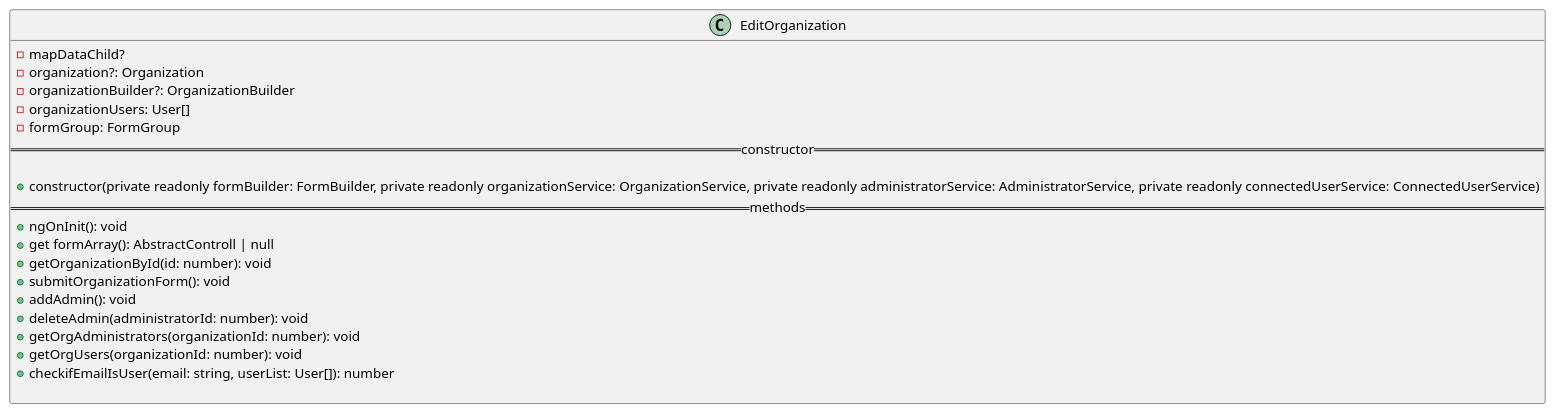
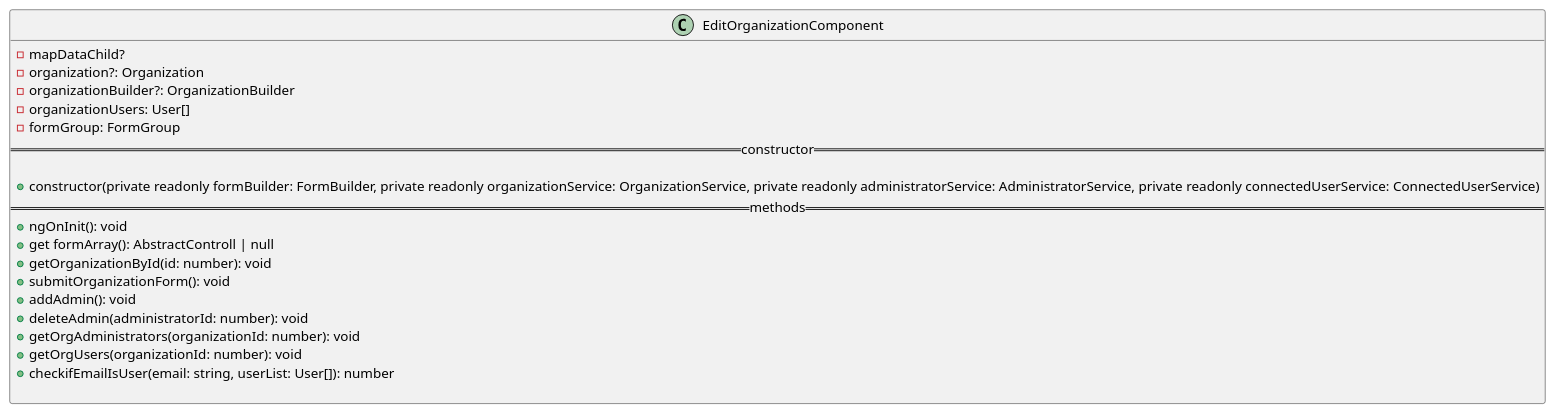
Before and after one commit to GruppOne/stalker-web-app: the diagram in docs/diagrams/view/routes/editorganizationcomponent.pu, drawn with PlantUML.

Commit message:
docs: fix editorganizationcomponent diagram

```diff
--- a/docs/diagrams/view/routes/editorganizationcomponent.pu
+++ b/docs/diagrams/view/routes/editorganizationcomponent.pu
@@ -1,23 +1,23 @@
 @startuml EditOrganizationComponent
-class EditOrganization {
+class EditOrganizationComponent {
   - mapDataChild?
   - organization?: Organization
   - organizationBuilder?: OrganizationBuilder
   - organizationUsers: User[]
   - formGroup: FormGroup
   == constructor ==
 
   + constructor(private readonly formBuilder: FormBuilder, private readonly organizationService: OrganizationService, private readonly administratorService: AdministratorService, private readonly connectedUserService: ConnectedUserService)
   == methods ==
   + ngOnInit(): void
   + get formArray(): AbstractControll | null
   + getOrganizationById(id: number): void
   + submitOrganizationForm(): void
   + addAdmin(): void
   + deleteAdmin(administratorId: number): void
   + getOrgAdministrators(organizationId: number): void
   + getOrgUsers(organizationId: number): void
   + checkifEmailIsUser(email: string, userList: User[]): number
 
 }
 @enduml
```
